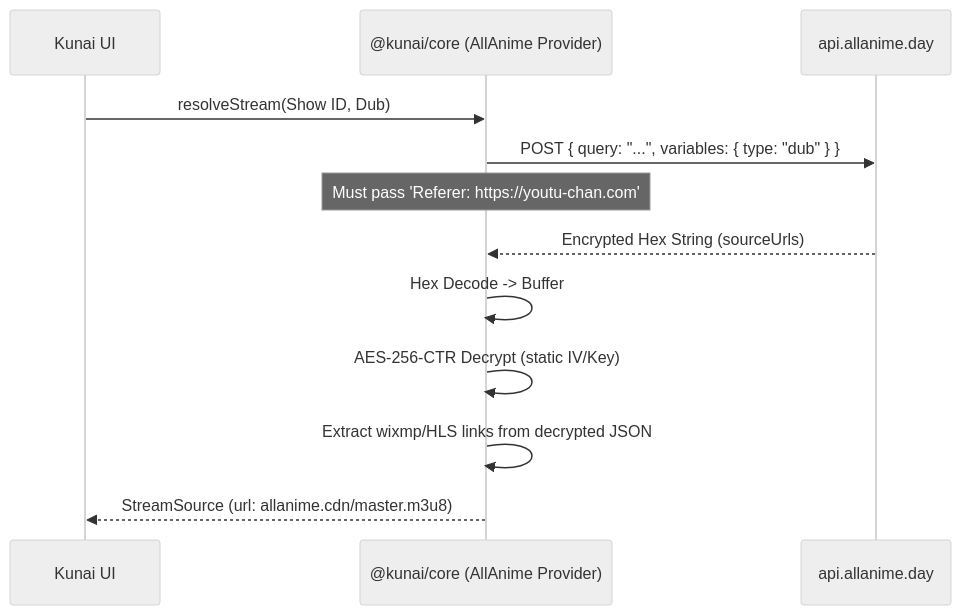
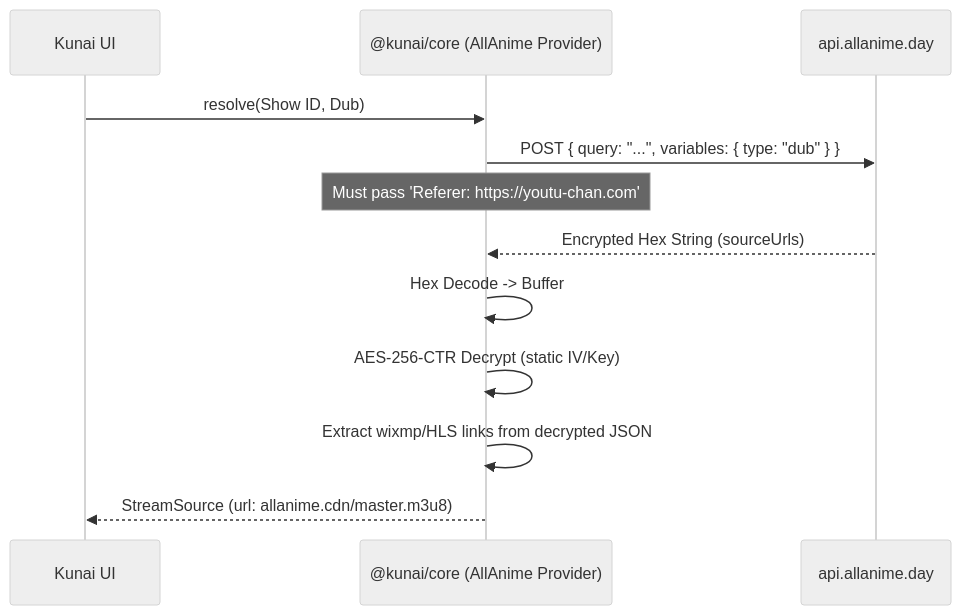
One commit to KitsuneKode/kunai changed the fifth of 5 diagrams in .docs/provider-dossiers/PROVIDER_FLOW_DIAGRAMS.md. Above: the diagram before and after it, drawn with Mermaid (neutral theme). The commit also changed other lines of this file and 34 other files, not shown here.

````diff
--- a/.docs/provider-dossiers/PROVIDER_FLOW_DIAGRAMS.md
+++ b/.docs/provider-dossiers/PROVIDER_FLOW_DIAGRAMS.md
@@ -140,17 +140,17 @@
 ```mermaid
 sequenceDiagram
     participant UI as Kunai UI
     participant Core as @kunai/core (AllAnime Provider)
     participant GQL as api.allanime.day
 
-    UI->>Core: resolveStream(Show ID, Dub)
+    UI->>Core: resolve(Show ID, Dub)
     Core->>GQL: POST { query: "...", variables: { type: "dub" } }
     Note over Core: Must pass 'Referer: https://youtu-chan.com'
     GQL-->>Core: Encrypted Hex String (sourceUrls)
 
     Core->>Core: Hex Decode -> Buffer
     Core->>Core: AES-256-CTR Decrypt (static IV/Key)
     Core->>Core: Extract wixmp/HLS links from decrypted JSON
 
     Core-->>UI: StreamSource (url: allanime.cdn/master.m3u8)
 ```
````
